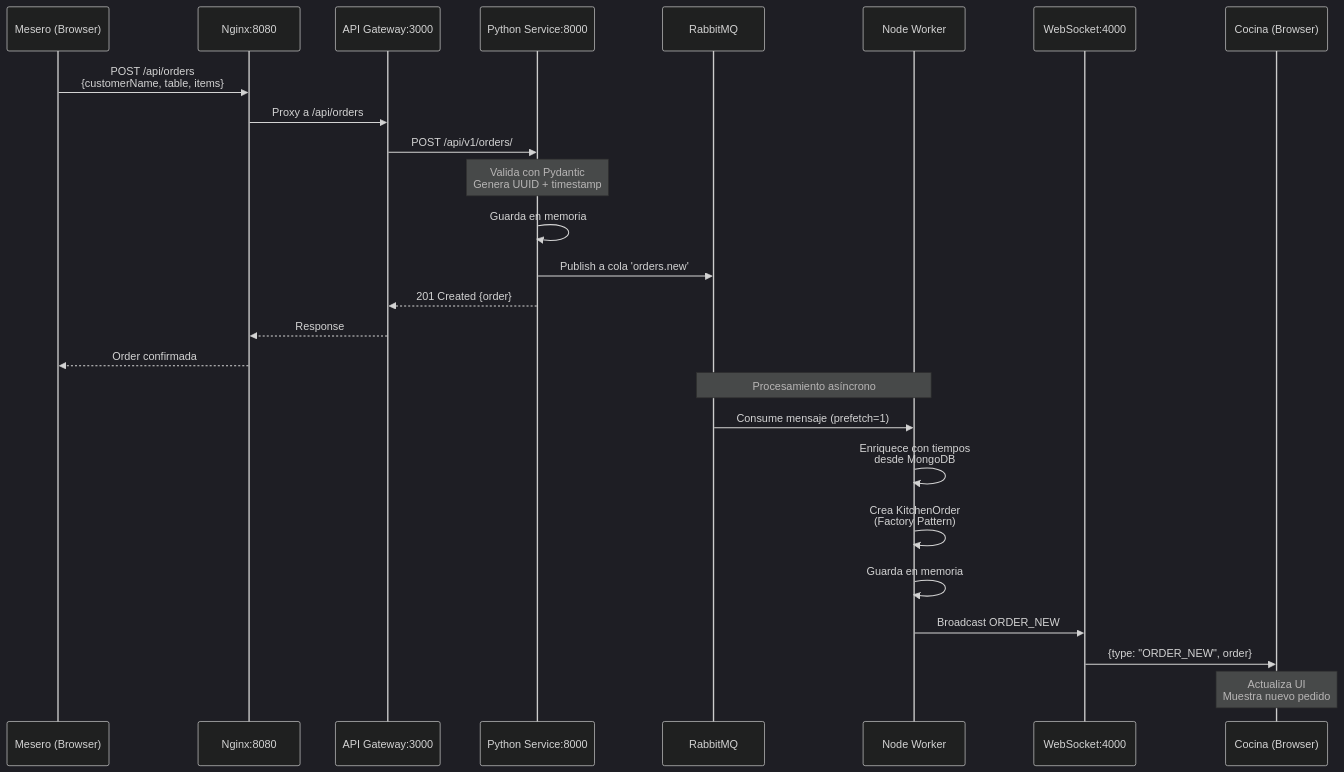
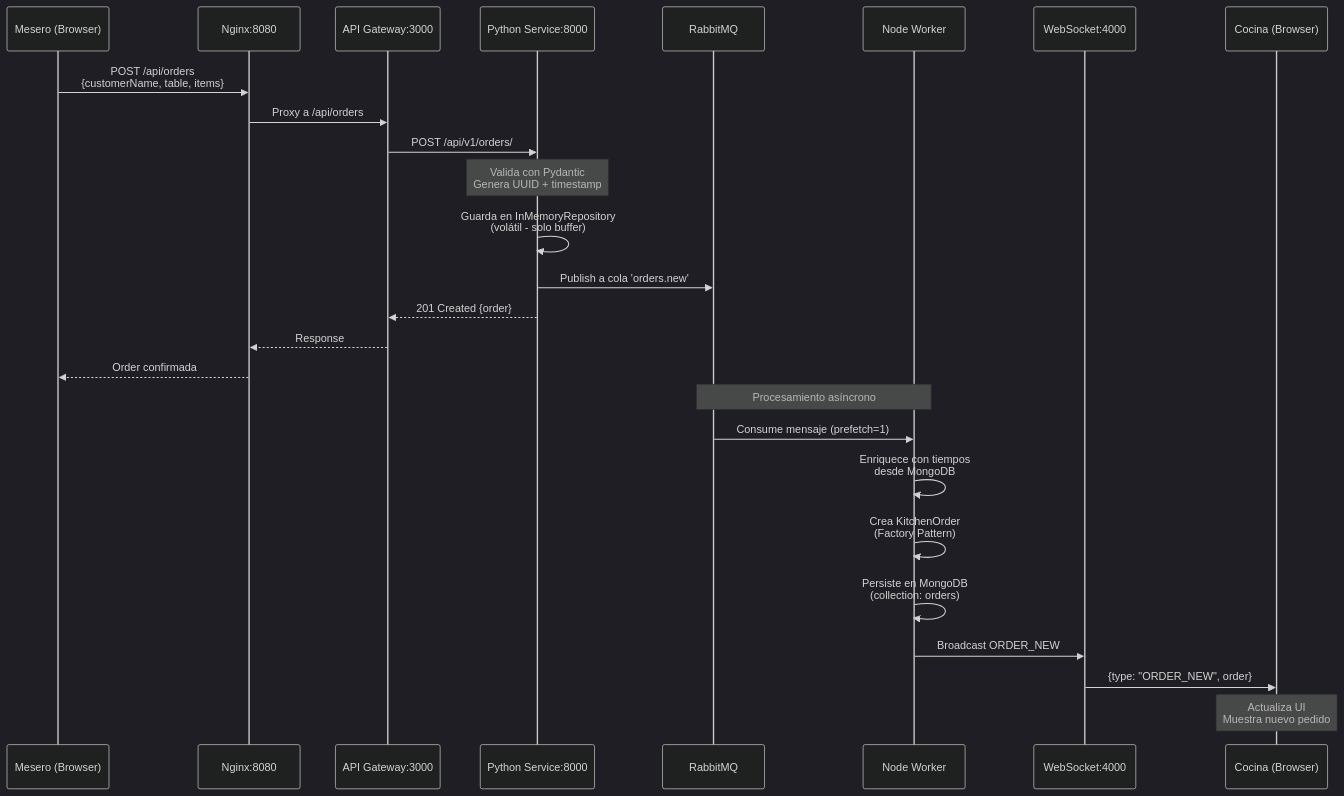
The second of 5 diagrams in ARCHITECTURE_DIAGRAM.md (sofka-taller-4/sistema-de-pedidos-restaurante), drawn with Mermaid (dark theme) before and after one commit. The commit also changed other lines of this file and 3 other files, not shown here.

````diff
--- a/ARCHITECTURE_DIAGRAM.md
+++ b/ARCHITECTURE_DIAGRAM.md
@@ -126,34 +129,34 @@
 ```mermaid
 sequenceDiagram
     participant M as Mesero (Browser)
     participant N as Nginx:8080
     participant G as API Gateway:3000
     participant P as Python Service:8000
     participant R as RabbitMQ
     participant W as Node Worker
     participant WS as WebSocket:4000
     participant K as Cocina (Browser)
 
     M->>N: POST /api/orders<br/>{customerName, table, items}
     N->>G: Proxy a /api/orders
     G->>P: POST /api/v1/orders/
     
     Note over P: Valida con Pydantic<br/>Genera UUID + timestamp
     
-    P->>P: Guarda en memoria
+    P->>P: Guarda en InMemoryRepository<br/>(volátil - solo buffer)
     P->>R: Publish a cola 'orders.new'
     P-->>G: 201 Created {order}
     G-->>N: Response
     N-->>M: Order confirmada
     
     Note over R,W: Procesamiento asíncrono
     
     R->>W: Consume mensaje (prefetch=1)
     W->>W: Enriquece con tiempos<br/>desde MongoDB
     W->>W: Crea KitchenOrder<br/>(Factory Pattern)
-    W->>W: Guarda en memoria
+    W->>W: Persiste en MongoDB<br/>(collection: orders)
     W->>WS: Broadcast ORDER_NEW
     WS->>K: {type: "ORDER_NEW", order}
     
     Note over K: Actualiza UI<br/>Muestra nuevo pedido
 ```
````
